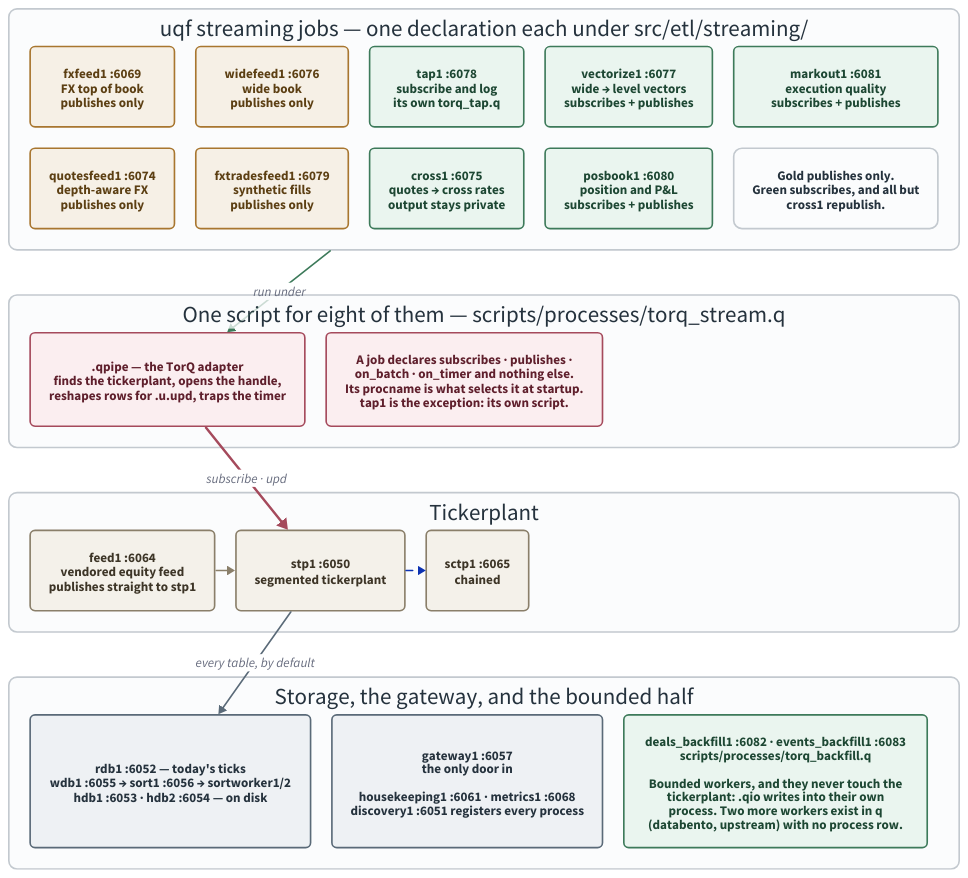
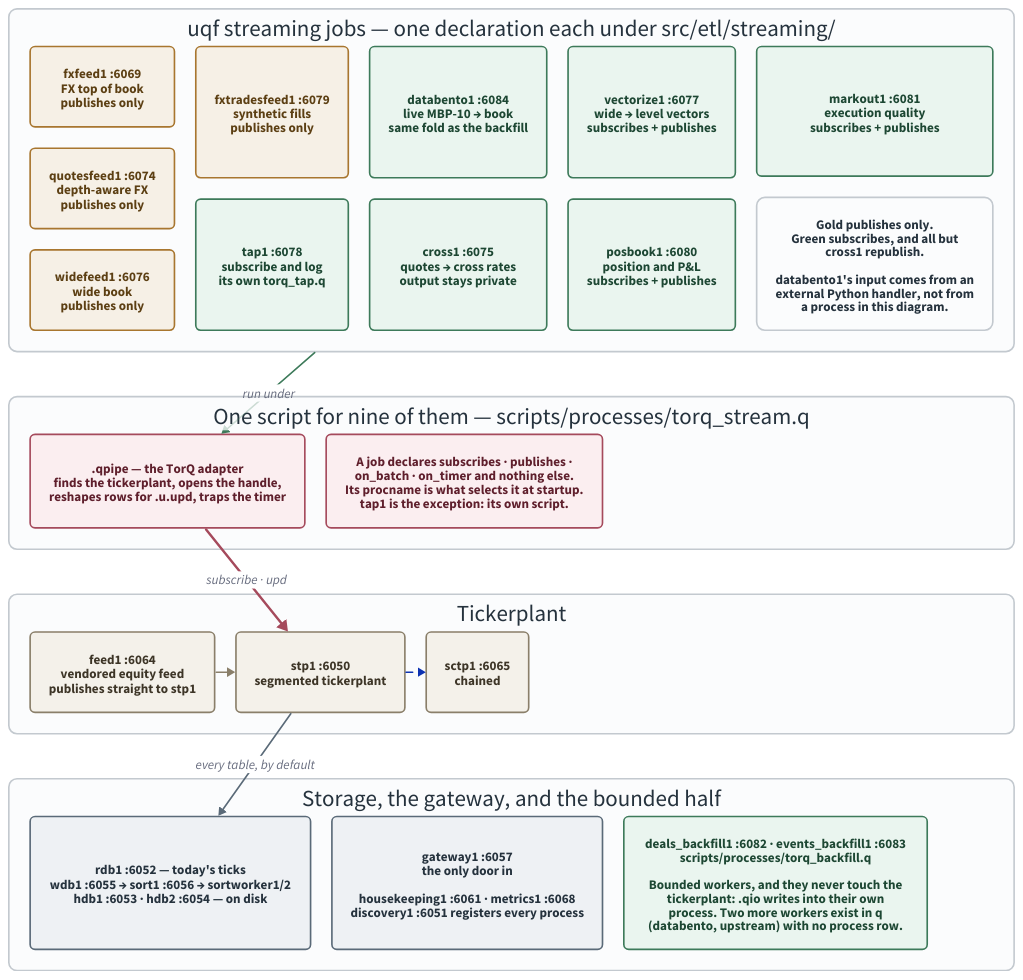
One commit to kwojdalski/uqf changed the diagram in docs/diagrams/stack-topology.d2. Above: the diagram before and after it, drawn with D2. The commit also changed 27 other files, not shown here.

First line of the commit message:
A live Databento adapter, folded by the transform the backfill already has (#249)

```diff
--- a/docs/diagrams/stack-topology.d2
+++ b/docs/diagrams/stack-topology.d2
@@ -1,154 +1,155 @@
 # stack-topology.d2 - who connects to whom over IPC in the running stack.
 #
 # Rendered by scripts/generate/render_diagrams.py, which CI runs with
 # --check. Embedded from docs/integrations/torq/README.md.
 #
 # Ports are the defaults at base 6050; every one is {KDBBASEPORT}+offset, so
 # a different base shifts them all together. The authority for the offsets
 # is docs/integrations/torq/processes.md, which is GENERATED from the
 # pipeline registry - if this diagram and that table disagree, the table is
 # right.
 #
 # WHAT THIS SHOWS THAT THE MERMAID VERSION DID NOT (#245).
 #
 # Eight of the eleven uqf processes run the SAME script. Since #204 a
 # streaming job is a declaration under src/etl/streaming/ and
 # processes/torq_stream.q is the one runner; which job a process runs is
 # decided by its procname at startup. The old diagram drew a script per
 # process, which is what the stack looked like before .qstream and is the
 # single most misleading thing about it.
 #
 # The two connection patterns are still real and still different - publish
 # only, versus an access-listed subscribe - but a job performs neither
 # itself now. .qpipe does both on its behalf, which is why the adapter is
 # drawn between the processes and the tickerplant rather than left out.
 #
 # Backfills are on here too, and were not before. They are the other half
 # of the ETL tree and they reach the tickerplant NOT AT ALL: a bounded
 # worker writes through .qio into its own process, so its rows never
 # traverse stp1. Drawing them beside the streaming jobs is the point - the
 # two halves look alike in the code and take completely different paths to
 # storage.
 
 direction: down
 
 grid-rows: 4
 grid-gap: 55
 
 vars: {
   d2-config: {
     pad: 40
   }
 }
 
 # Same palette as repo-overview.d2, so the set reads as one system: light
 # fills with dark text in both themes rather than a --dark-theme pairing,
 # which d2 still applies explicit styles over (d2lang/d2#831).
 classes: {
   feed: {
     style: {
       fill: "#f6f0e6"
       stroke: "#a8762f"
       font-color: "#5c3f13"
       border-radius: 6
     }
   }
   job: {
     style: {
       fill: "#eaf5ef"
       stroke: "#3d7a5a"
       font-color: "#1d4733"
       border-radius: 6
     }
   }
   adapter: {
     style: {
       fill: "#fbeef0"
       stroke: "#a54a5c"
       font-color: "#5f1f2c"
       border-radius: 6
     }
   }
   store: {
     style: {
       fill: "#eef1f4"
       stroke: "#5a6a78"
       font-color: "#25323d"
       border-radius: 6
     }
   }
   vendored: {
     style: {
       fill: "#f4f1ea"
       stroke: "#8a7f6a"
       font-color: "#3d3527"
       border-radius: 6
     }
   }
   band: {
     style: {
       fill: "#fbfcfd"
       stroke: "#c3c9cf"
       font-color: "#25323d"
       stroke-width: 2
       border-radius: 10
     }
   }
 }
 
 jobs: "uqf streaming jobs — one declaration each under src/etl/streaming/" {
   class: band
   grid-columns: 5
   grid-gap: 26
 
   fxfeed1: "fxfeed1 :6069\nFX top of book\npublishes only" { class: feed }
   quotesfeed1: "quotesfeed1 :6074\ndepth-aware FX\npublishes only" { class: feed }
   widefeed1: "widefeed1 :6076\nwide book\npublishes only" { class: feed }
   fxtradesfeed1: "fxtradesfeed1 :6079\nsynthetic fills\npublishes only" { class: feed }
   tap1: "tap1 :6078\nsubscribe and log\nits own torq_tap.q" { class: job }
 
+  databento1: "databento1 :6084\nlive MBP-10 → book\nsame fold as the backfill" { class: job }
   cross1: "cross1 :6075\nquotes → cross rates\noutput stays private" { class: job }
   vectorize1: "vectorize1 :6077\nwide → level vectors\nsubscribes + publishes" { class: job }
   posbook1: "posbook1 :6080\nposition and P&L\nsubscribes + publishes" { class: job }
   markout1: "markout1 :6081\nexecution quality\nsubscribes + publishes" { class: job }
-  legend: "Gold publishes only.\nGreen subscribes, and all but\ncross1 republish." { class: band }
+  legend: "Gold publishes only.\nGreen subscribes, and all but\ncross1 republish.\n\ndatabento1's input comes from an\nexternal Python handler, not from\na process in this diagram." { class: band }
 }
 
-runner: "One script for eight of them — scripts/processes/torq_stream.q" {
+runner: "One script for nine of them — scripts/processes/torq_stream.q" {
   class: band
   grid-columns: 2
   grid-gap: 26
 
   qpipe: ".qpipe — the TorQ adapter\nfinds the tickerplant, opens the handle,\nreshapes rows for .u.upd, traps the timer" { class: adapter }
   note: "A job declares subscribes · publishes ·\non_batch · on_timer and nothing else.\nIts procname is what selects it at startup.\ntap1 is the exception: its own script." { class: adapter }
 }
 
 tp: "Tickerplant" {
   class: band
   grid-columns: 3
   grid-gap: 26
 
   feed1: "feed1 :6064\nvendored equity feed\npublishes straight to stp1" { class: vendored }
   stp: "stp1 :6050\nsegmented tickerplant" { class: vendored }
   sctp: "sctp1 :6065\nchained" { class: vendored }
 
   feed1 -> stp { style.stroke: "#8a7f6a" }
   stp -> sctp { style.stroke-dash: 4 }
 }
 
 downstream: "Storage, the gateway, and the bounded half" {
   class: band
   grid-columns: 3
   grid-gap: 26
 
   storage: "rdb1 :6052 — today's ticks\nwdb1 :6055 → sort1 :6056 → sortworker1/2\nhdb1 :6053 · hdb2 :6054 — on disk" { class: store }
   gw: "gateway1 :6057\nthe only door in\n\nhousekeeping1 :6061 · metrics1 :6068\ndiscovery1 :6051 registers every process" { class: store }
   backfills: "deals_backfill1 :6082 · events_backfill1 :6083\nscripts/processes/torq_backfill.q\n\nBounded workers, and they never touch the\ntickerplant: .qio writes into their own\nprocess. Two more workers exist in q\n(databento, upstream) with no process row." { class: job }
 }
 
 jobs -> runner.qpipe: "run under" { style.stroke: "#3d7a5a" }
 runner.qpipe -> tp.stp: "subscribe · upd" {
   style.stroke: "#a54a5c"
   style.stroke-width: 3
 }
 tp.stp -> downstream.storage: "every table, by default" { style.stroke: "#5a6a78" }
```
